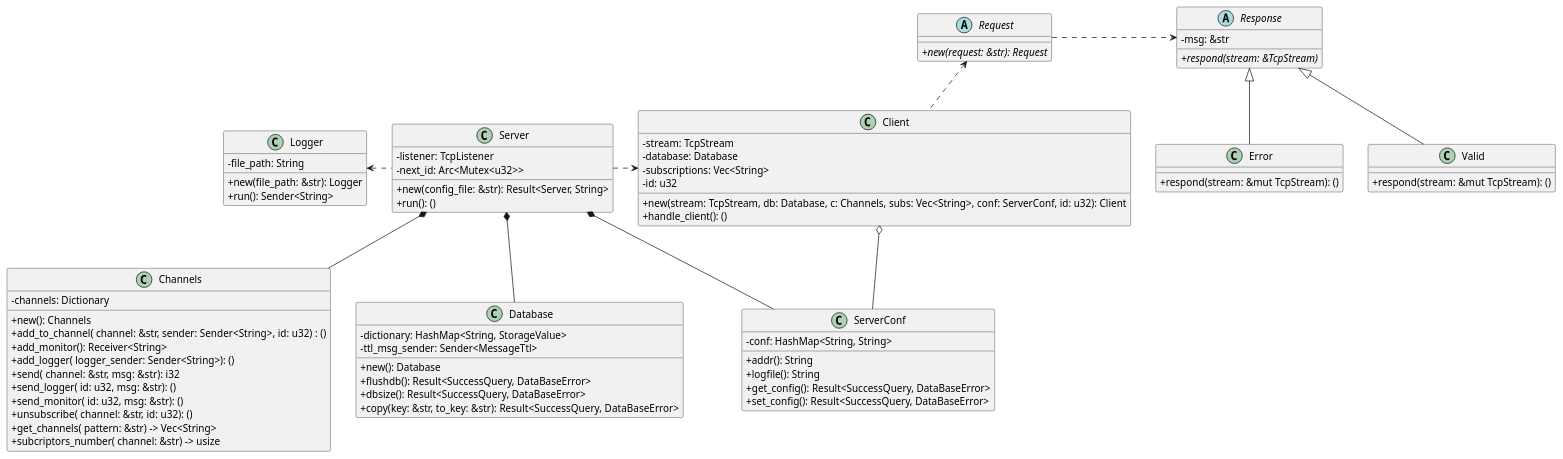
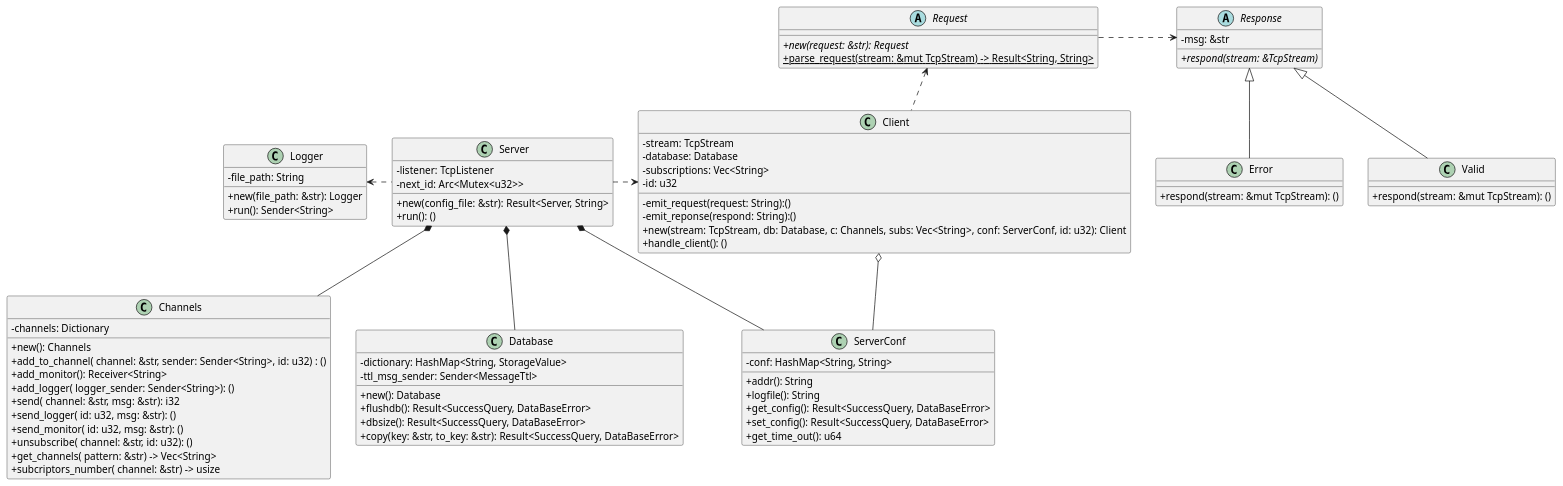
The diagram in src/Diagramas/redis.puml (taller-1-fiuba-rust/21C1-OxidadosFC), drawn with PlantUML before and after one commit. The commit also changed 1 other file, not shown here.

Commit message:
agregate sequense diagram for handle client with append

```diff
--- a/src/Diagramas/redis.puml
+++ b/src/Diagramas/redis.puml
@@ -1,94 +1,98 @@
 @startuml redis
 skinparam ClassAttributeIconSize 0
 hide interface fields
 
 abstract Response
 abstract Request
 
 Class Server {
     -listener: TcpListener
     -next_id: Arc<Mutex<u32>>
     +new(config_file: &str): Result<Server, String>
     + run(): ()
 }
 
 Class Client{
     -stream: TcpStream
     -database: Database
     -subscriptions: Vec<String>
     -id: u32
+    -emit_request(request: String):()
+    -emit_reponse(respond: String):()
     +new(stream: TcpStream, db: Database, c: Channels, subs: Vec<String>, conf: ServerConf, id: u32): Client
     +handle_client(): ()
 }
 
 Class Channels{
     - channels: Dictionary
     + new(): Channels
     + add_to_channel( channel: &str, sender: Sender<String>, id: u32) : ()
     + add_monitor(): Receiver<String>
     + add_logger( logger_sender: Sender<String>): ()
     + send( channel: &str, msg: &str): i32
     + send_logger( id: u32, msg: &str): ()
     + send_monitor( id: u32, msg: &str): ()
     + unsubscribe( channel: &str, id: u32): ()
     + get_channels( pattern: &str) -> Vec<String>
     + subcriptors_number( channel: &str) -> usize
 }
 
 Class Database {
     - dictionary: HashMap<String, StorageValue>
     -ttl_msg_sender: Sender<MessageTtl>
     + new(): Database
     + flushdb(): Result<SuccessQuery, DataBaseError>
     + dbsize(): Result<SuccessQuery, DataBaseError>
     + copy(key: &str, to_key: &str): Result<SuccessQuery, DataBaseError>
 }
 
 Class ServerConf {
     - conf: HashMap<String, String>
     + addr(): String
     + logfile(): String
     + get_config(): Result<SuccessQuery, DataBaseError>
     + set_config(): Result<SuccessQuery, DataBaseError>
+    + get_time_out(): u64
 }
 
 Class Logger {
     - file_path: String
     + new(file_path: &str): Logger
     + run(): Sender<String>
 }
 
 abstract Class Request {
     +{abstract}new(request: &str): Request
+    +{static}parse_request(stream: &mut TcpStream) -> Result<String, String>
 }
 
 abstract Class Response {
     -msg: &str
     +{abstract}respond(stream: &TcpStream)
 }
 
 Class Valid{
     +respond(stream: &mut TcpStream): ()
 }
 
 Class Error{
     +respond(stream: &mut TcpStream): ()
 }
 
 
 Server *-- Database
 Server *-- ServerConf
 Server *-- Channels
 Server .left.> Logger
 Server .right.> Client
 
 Client .up.> Request
 Client o--ServerConf
 
 Request .right.> Response
 
 Response <|-- Valid
 Response <|-- Error
 
 
 @enduml
```
